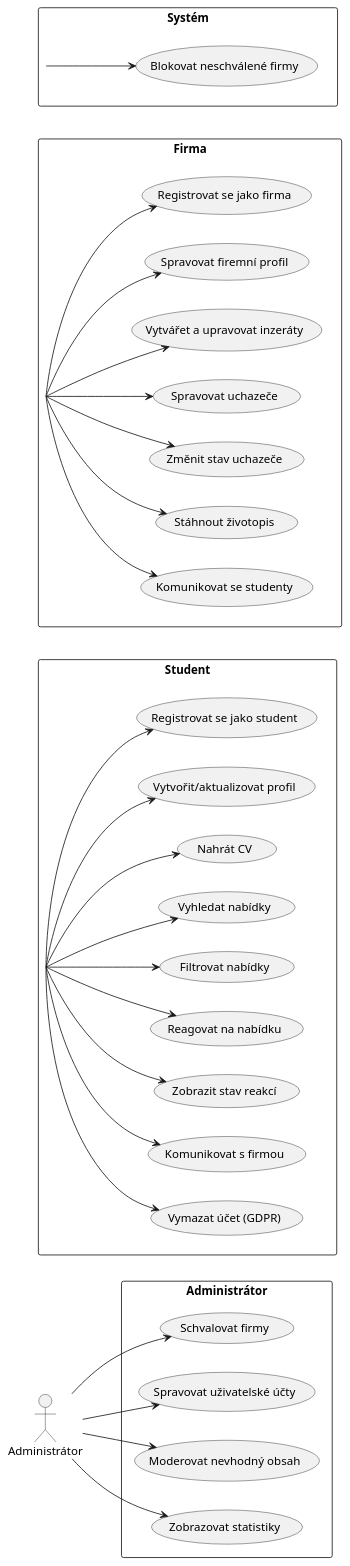
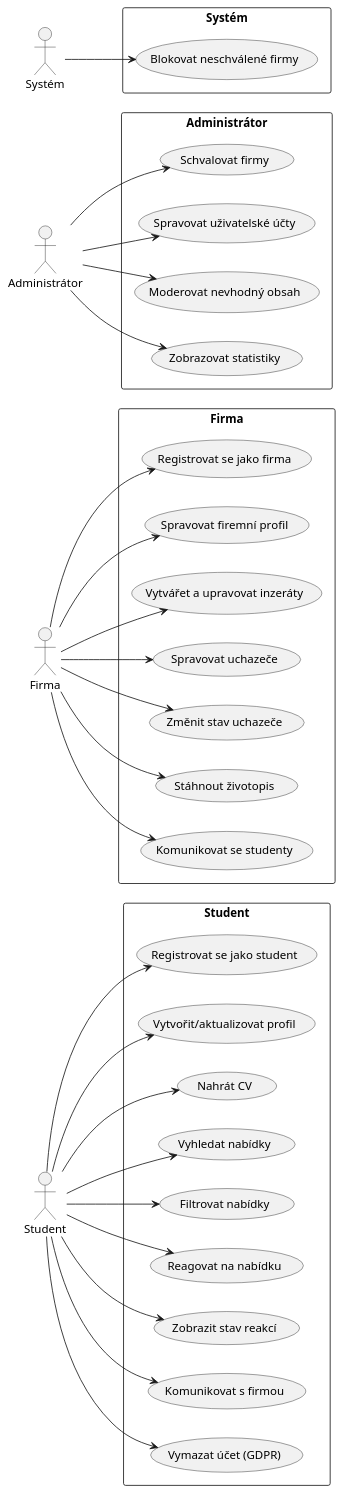
Before and after one commit to pslib-cz/2025-p1a-inf-nis-filipvyroubal: the diagram in diagrams/use_case_diagram_new.puml, drawn with PlantUML. The commit also changed 2 other files, not shown here.

```diff
--- a/diagrams/use_case_diagram_new.puml
+++ b/diagrams/use_case_diagram_new.puml
@@ -1,66 +1,66 @@
 @startuml usecase_diagram_new
 left to right direction
 skinparam packageStyle rectangle
 skinparam actorStyle stick
 
-actor Student
-actor Firma
+actor "Student" as AStudent
+actor "Firma" as AFirma
 actor "Administrátor" as Admin
-actor Systém
+actor "Systém" as ASystem
 
 package "Student" {
   usecase "Registrovat se jako student" as UC1
   usecase "Vytvořit/aktualizovat profil" as UC2
   usecase "Nahrát CV" as UC3
   usecase "Vyhledat nabídky" as UC4
   usecase "Filtrovat nabídky" as UC5
   usecase "Reagovat na nabídku" as UC6
   usecase "Zobrazit stav reakcí" as UC7
   usecase "Komunikovat s firmou" as UC8
   usecase "Vymazat účet (GDPR)" as UC9
 }
 
 package "Firma" {
   usecase "Registrovat se jako firma" as UC10
   usecase "Spravovat firemní profil" as UC11
   usecase "Vytvářet a upravovat inzeráty" as UC12
   usecase "Spravovat uchazeče" as UC13
   usecase "Změnit stav uchazeče" as UC14
   usecase "Stáhnout životopis" as UC15
   usecase "Komunikovat se studenty" as UC16
 }
 
 package "Administrátor" {
   usecase "Schvalovat firmy" as UC17
   usecase "Spravovat uživatelské účty" as UC18
   usecase "Moderovat nevhodný obsah" as UC19
   usecase "Zobrazovat statistiky" as UC20
 }
 
 package "Systém" {
   usecase "Blokovat neschválené firmy" as UC21
 }
 
-Student --> UC1
-Student --> UC2
-Student --> UC3
-Student --> UC4
-Student --> UC5
-Student --> UC6
-Student --> UC7
-Student --> UC8
-Student --> UC9
-Firma --> UC10
-Firma --> UC11
-Firma --> UC12
-Firma --> UC13
-Firma --> UC14
-Firma --> UC15
-Firma --> UC16
+AStudent --> UC1
+AStudent --> UC2
+AStudent --> UC3
+AStudent --> UC4
+AStudent --> UC5
+AStudent --> UC6
+AStudent --> UC7
+AStudent --> UC8
+AStudent --> UC9
+AFirma --> UC10
+AFirma --> UC11
+AFirma --> UC12
+AFirma --> UC13
+AFirma --> UC14
+AFirma --> UC15
+AFirma --> UC16
 Admin --> UC17
 Admin --> UC18
 Admin --> UC19
 Admin --> UC20
-Systém --> UC21
+ASystem --> UC21
 
 @enduml
```
